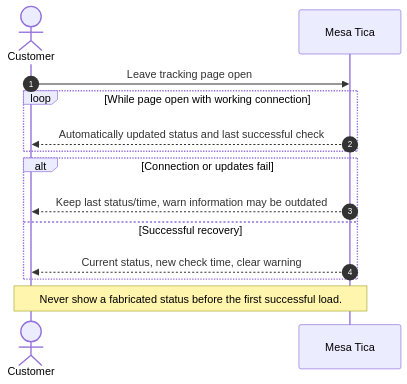
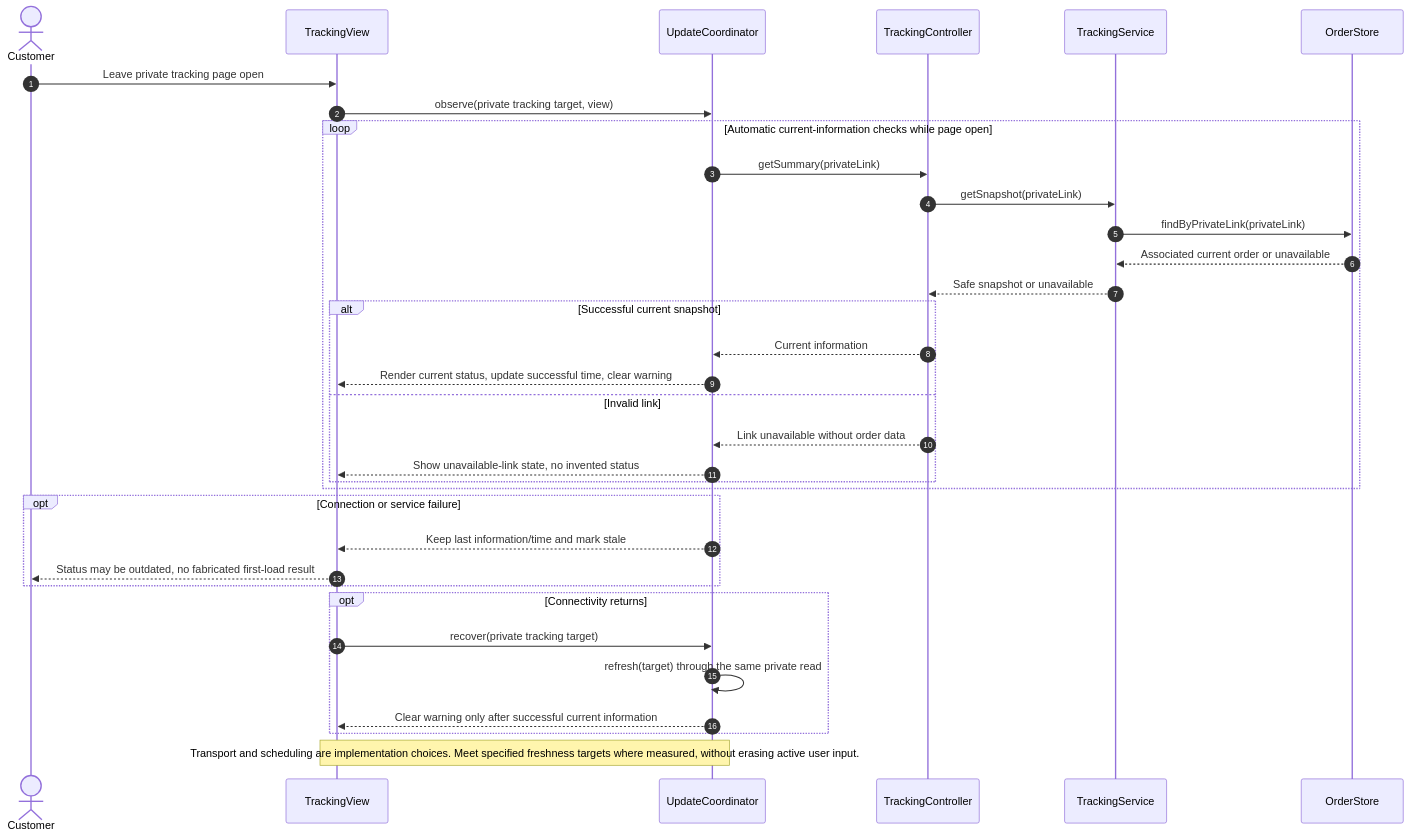
One commit to axantillon/mesa-tica changed the diagram in design/diagrams/C2-tracking-refresh.mmd. Above: the diagram before and after it, drawn with Mermaid. The commit also changed 16 other files, not shown here.

Commit message:
Define framework-agnostic architecture and detailed interaction design

```diff
--- a/design/diagrams/C2-tracking-refresh.mmd
+++ b/design/diagrams/C2-tracking-refresh.mmd
@@ -1,14 +1,34 @@
 sequenceDiagram
     autonumber
     actor Customer
-    participant Product as Mesa Tica
-    Customer->>Product: Leave tracking page open
-    loop While page open with working connection
-    Product-->>Customer: Automatically updated status and last successful check
+    participant UI as TrackingView
+    participant U as UpdateCoordinator
+    participant C as TrackingController
+    participant S as TrackingService
+    participant O as OrderStore
+    Customer->>UI: Leave private tracking page open
+    UI->>U: observe(private tracking target, view)
+    loop Automatic current-information checks while page open
+    U->>C: getSummary(privateLink)
+    C->>S: getSnapshot(privateLink)
+    S->>O: findByPrivateLink(privateLink)
+    O-->>S: Associated current order or unavailable
+    S-->>C: Safe snapshot or unavailable
+    alt Successful current snapshot
+    C-->>U: Current information
+    U-->>UI: Render current status, update successful time, clear warning
+    else Invalid link
+    C-->>U: Link unavailable without order data
+    U-->>UI: Show unavailable-link state, no invented status
     end
-    alt Connection or updates fail
-    Product-->>Customer: Keep last status/time, warn information may be outdated
-    else Successful recovery
-    Product-->>Customer: Current status, new check time, clear warning
     end
-    Note over Customer,Product: Never show a fabricated status before the first successful load.
+    opt Connection or service failure
+    U-->>UI: Keep last information/time and mark stale
+    UI-->>Customer: Status may be outdated, no fabricated first-load result
+    end
+    opt Connectivity returns
+    UI->>U: recover(private tracking target)
+    U->>U: refresh(target) through the same private read
+    U-->>UI: Clear warning only after successful current information
+    end
+    Note over UI,U: Transport and scheduling are implementation choices. Meet specified freshness targets where measured, without erasing active user input.
```
